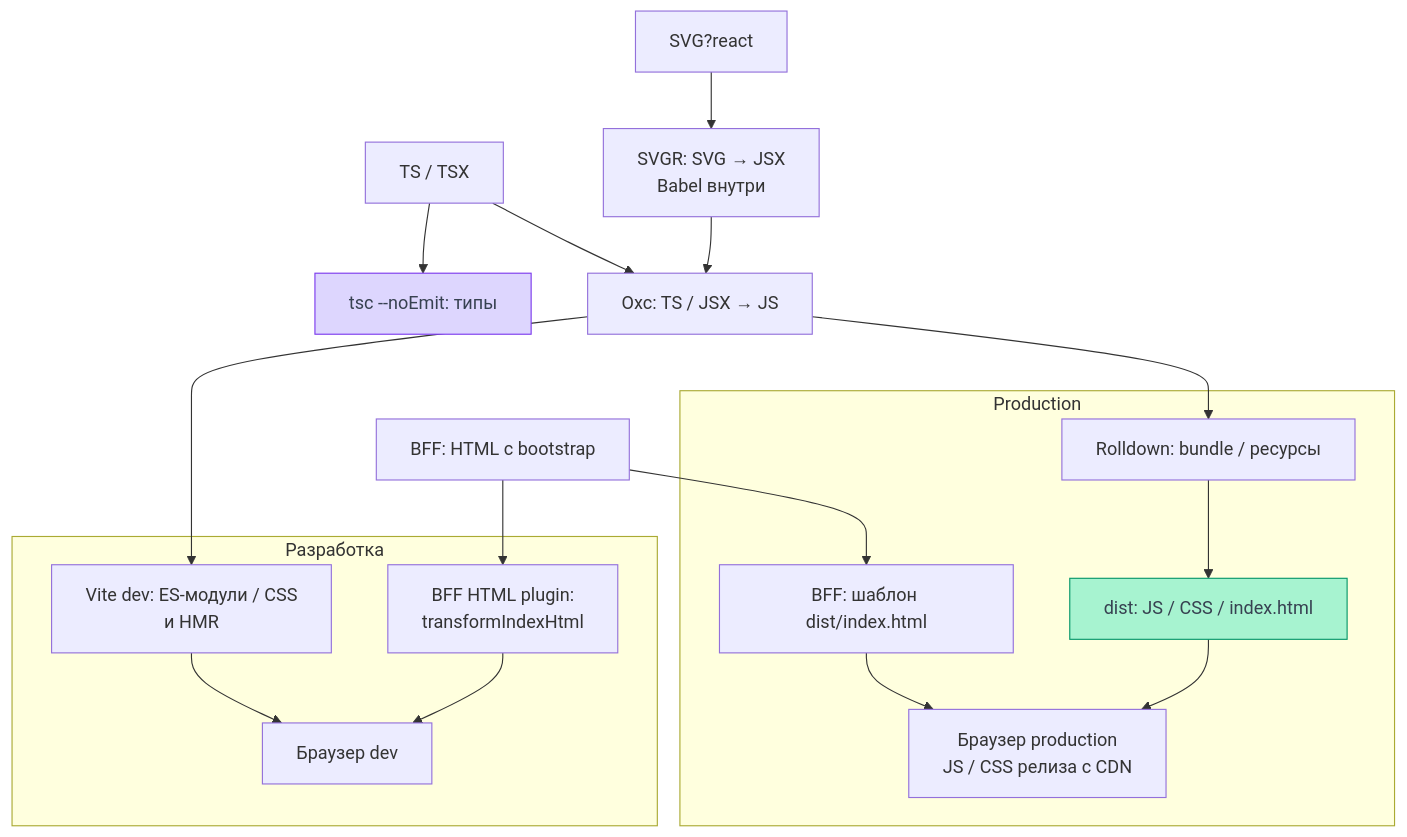
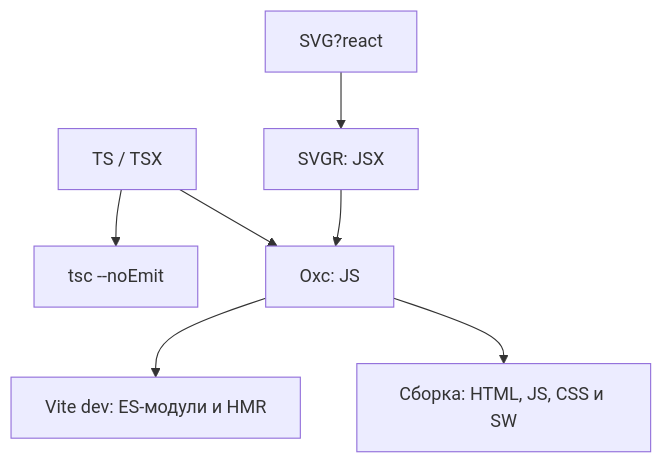
One commit to Cringe-Driven-Development-Team/docs changed the diagram in site/documentation/frontend/build.md. Above: the diagram before and after it, drawn with Mermaid. The commit also changed other lines of this file and 9 other files, not shown here.

````diff
--- a/site/documentation/frontend/build.md
+++ b/site/documentation/frontend/build.md
@@ -48,25 +21,9 @@
 ```mermaid
-%% Flowchart: общий transform и отдельный typecheck; dev доставляет модули, prod — готовые ассеты.
 flowchart TD
-    source["TS / TSX"] --> typecheck["tsc --noEmit: типы"]
-    source --> oxc["Oxc: TS / JSX → JS"]
-    svg["SVG?react"] --> svgr["SVGR: SVG → JSX<br/>Babel внутри"]
+    source["TS / TSX"] --> types["tsc --noEmit"]
+    source --> oxc["Oxc: JS"]
+    svg["SVG?react"] --> svgr["SVGR: JSX"]
     svgr --> oxc
-    subgraph development["Разработка"]
-        modules["Vite dev: ES-модули / CSS<br/>и HMR"] --> devBrowser["Браузер dev"]
-        devHtml["BFF HTML plugin:<br/>transformIndexHtml"] --> devBrowser
-    end
-    subgraph production["Production"]
-        bundle["Rolldown: bundle / ресурсы"] --> dist["dist: JS / CSS / index.html"]
-        dist --> prodBrowser["Браузер production<br/>JS / CSS релиза с CDN"]
-        prodHtml["BFF: шаблон dist/index.html"] --> prodBrowser
-    end
-    oxc --> modules
-    oxc --> bundle
-    bff["BFF: HTML с bootstrap"] --> devHtml
-    bff --> prodHtml
-    classDef check fill:#ddd6fe,stroke:#7c3aed,color:#374151
-    classDef artifact fill:#a7f3d0,stroke:#059669,color:#374151
-    class typecheck check
-    class dist artifact
+    oxc --> dev["Vite dev: ES-модули и HMR"]
+    oxc --> prod["Сборка: HTML, JS, CSS и SW"]
 ```
````
